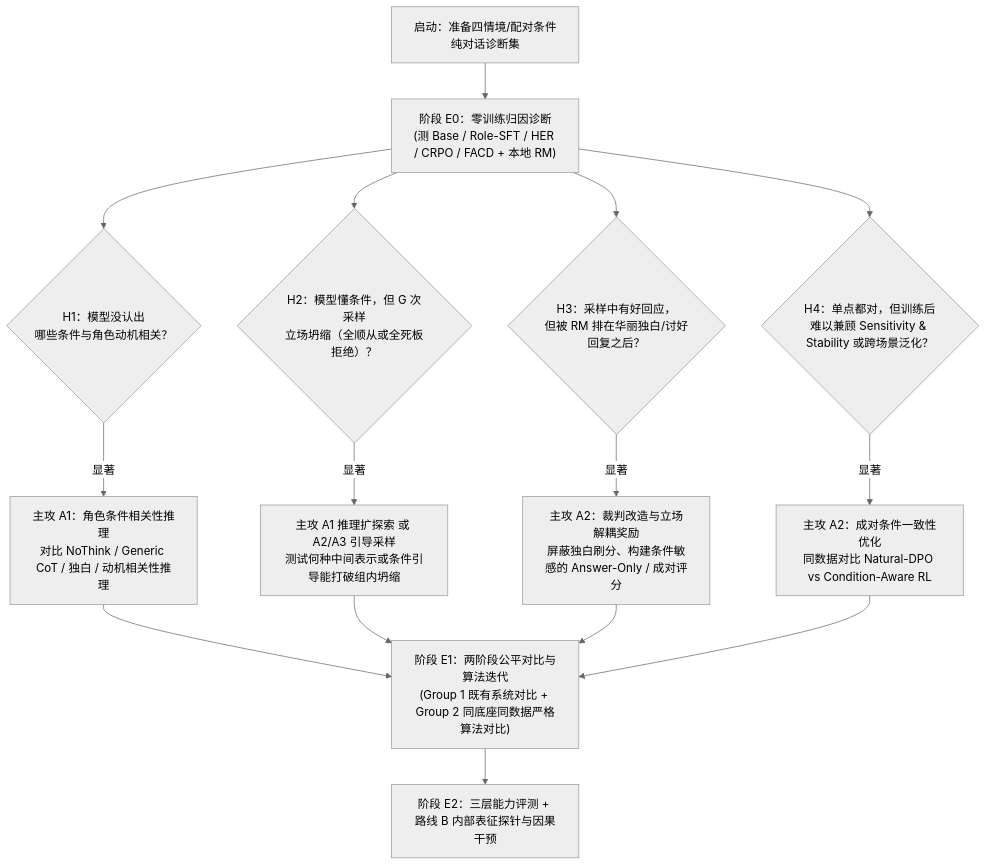
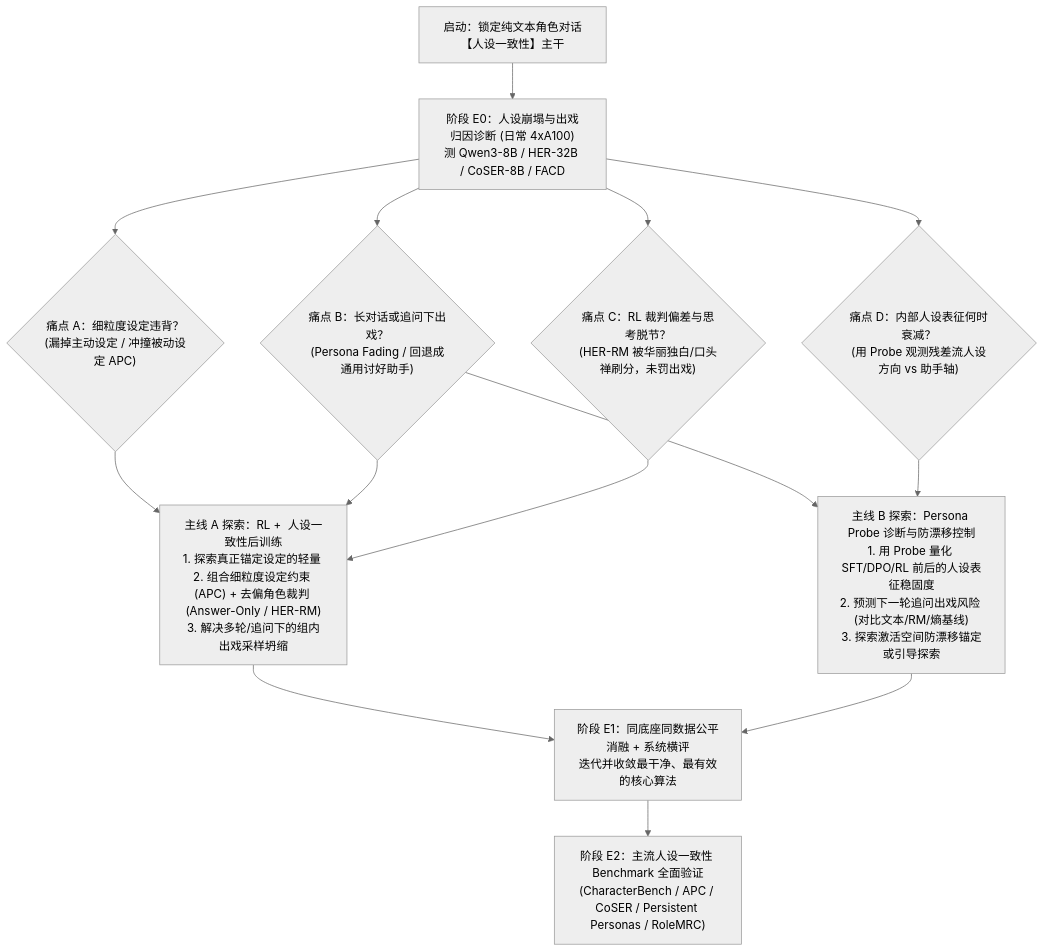
The diagram in AGENT_HANDOFF.md (Nhckdvrl/Role-Play-Game-NPC), drawn with Mermaid (neutral theme) before and after one commit. The commit also changed other lines of this file and 1 other file, not shown here.

Commit message:
docs: refocus RESEARCH_IDEAS.md (v2.0) and AGENT_HANDOFF.md squarely on core Persona Consistency

````diff
--- a/AGENT_HANDOFF.md
+++ b/AGENT_HANDOFF.md
@@ -51,16 +69,14 @@
 ```mermaid
 flowchart TD
-    Start["启动：准备四情境/配对条件纯对话诊断集"] --> E0["阶段 E0：零训练归因诊断<br/>(测 Base / Role-SFT / HER / CRPO / FACD + 本地 RM)"]
-    E0 --> H1{"H1：模型没认出<br/>哪些条件与角色动机相关？"}
-    E0 --> H2{"H2：模型懂条件，但 G 次采样<br/>立场坍缩（全顺从或全死板拒绝）？"}
-    E0 --> H3{"H3：采样中有好回应，<br/>但被 RM 排在华丽独白/讨好回复之后？"}
-    E0 --> H4{"H4：单点都对，但训练后<br/>难以兼顾 Sensitivity & Stability 或跨场景泛化？"}
+    Start["启动：锁定纯文本角色对话【人设一致性】主干"] --> E0["阶段 E0：人设崩塌与出戏归因诊断 (日常 4xA100)<br/>测 Qwen3-8B / HER-32B / CoSER-8B / FACD"]
+    E0 --> D1{"痛点 A：细粒度设定违背？<br/>(漏掉主动设定 / 冲撞被动设定 APC)"}
+    E0 --> D2{"痛点 B：长对话或追问下出戏？<br/>(Persona Fading / 回退成通用讨好助手)"}
+    E0 --> D3{"痛点 C：RL 裁判偏差与思考脱节？<br/>(HER-RM 被华丽独白/口头禅刷分，未罚出戏)"}
+    E0 --> D4{"痛点 D：内部人设表征何时衰减？<br/>(用 Probe 观测残差流人设方向 vs 助手轴)"}
 
-    H1 -->|显著| Act1["主攻 A1：角色条件相关性推理<br/>对比 NoThink / Generic CoT / 独白 / 动机相关性推理"]
-    H2 -->|显著| Act2["主攻 A1 推理扩探索 或 A2/A3 引导采样<br/>测试何种中间表示或条件引导能打破组内坍缩"]
-    H3 -->|显著| Act3["主攻 A2：裁判改造与立场解耦奖励<br/>屏蔽独白刷分、构建条件敏感的 Answer-Only / 成对评分"]
-    H4 -->|显著| Act4["主攻 A2：成对条件一致性优化<br/>同数据对比 Natural-DPO vs Condition-Aware RL"]
+    D1 & D2 & D3 --> RouteA["主线 A 探索：RL + <think> 人设一致性后训练<br/>1. 探索真正锚定设定的轻量 <think><br/>2. 组合细粒度设定约束 (APC) + 去偏角色裁判 (Answer-Only / HER-RM)<br/>3. 解决多轮/追问下的组内出戏采样坍缩"]
+    D2 & D4 --> RouteB["主线 B 探索：Persona Probe 诊断与防漂移控制<br/>1. 用 Probe 量化 SFT/DPO/RL 前后的人设表征稳固度<br/>2. 预测下一轮追问出戏风险 (对比文本/RM/熵基线)<br/>3. 探索激活空间防漂移锚定或引导探索"]
 
-    Act1 & Act2 & Act3 & Act4 --> E1["阶段 E1：两阶段公平对比与算法迭代<br/>(Group 1 既有系统对比 + Group 2 同底座同数据严格算法对比)"]
-    E1 --> E2["阶段 E2：三层能力评测 + 路线 B 内部表征探针与因果干预"]
+    RouteA & RouteB --> E1["阶段 E1：同底座同数据公平消融 + 系统横评<br/>迭代并收敛最干净、最有效的核心算法"]
+    E1 --> E2["阶段 E2：主流人设一致性 Benchmark 全面验证<br/>(CharacterBench / APC / CoSER / Persistent Personas / RoleMRC)"]
 ```
````
